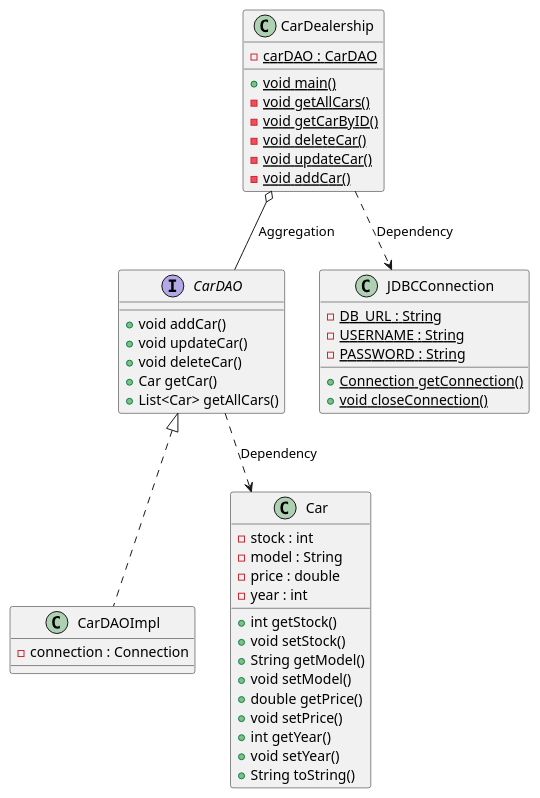
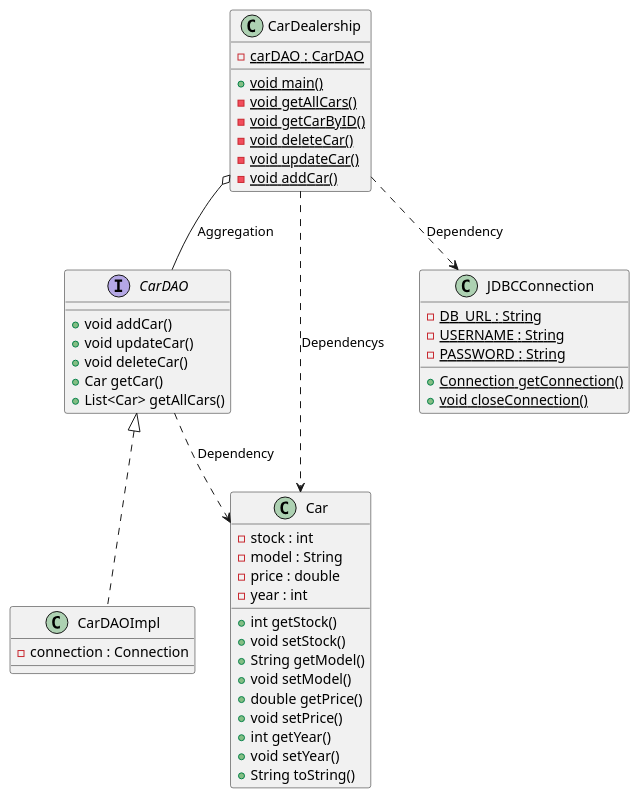
One commit to AA9-YG/Car-Dealership changed the diagram in src/uml/Car Dealership.puml. Above: the diagram before and after it, drawn with PlantUML.

```diff
--- a/src/uml/Car Dealership.puml
+++ b/src/uml/Car Dealership.puml
@@ -1,55 +1,56 @@
 @startuml
 'https://plantuml.com/class-diagram
 
 interface CarDAO {
     +void addCar()
     +void updateCar()
     +void deleteCar()
     +Car getCar()
     +List<Car> getAllCars()
 }
 
 class CarDAOImpl implements CarDAO {
     -connection : Connection
 }
 
 class Car {
     -stock : int
     -model : String
     -price : double
     -year : int
     +int getStock()
     +void setStock()
     +String getModel()
     +void setModel()
     +double getPrice()
     +void setPrice()
     +int getYear()
     +void setYear()
     +String toString()
 }
 
 class CarDealership {
     -{static} carDAO : CarDAO
     +{static} void main()
     -{static} void getAllCars()
     -{static} void getCarByID()
     -{static} void deleteCar()
     -{static} void updateCar()
     -{static} void addCar()
 }
 
 class JDBCConnection {
     -{static} DB_URL : String
     -{static} USERNAME : String
     -{static} PASSWORD : String
     +{static} Connection getConnection()
     +{static} void closeConnection()
 }
 
 CarDealership o-- CarDAO : Aggregation
 CarDealership ..> JDBCConnection : Dependency
 CarDAO ..> Car : Dependency
+CarDealership ..> Car : Dependencys
 
 
 @enduml
```
